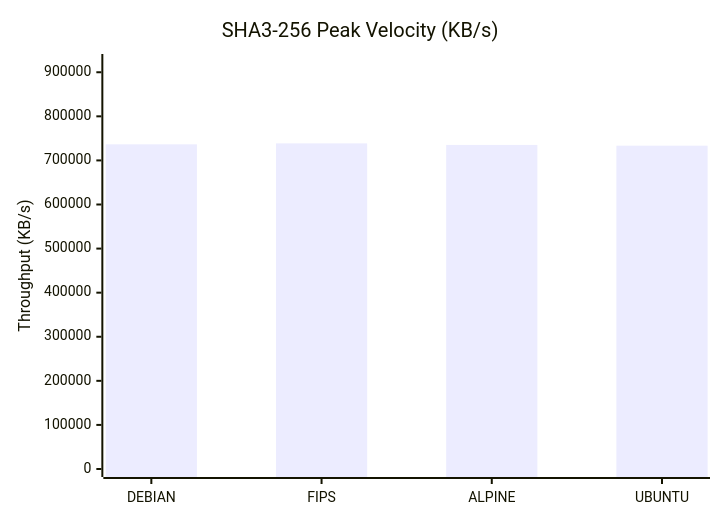
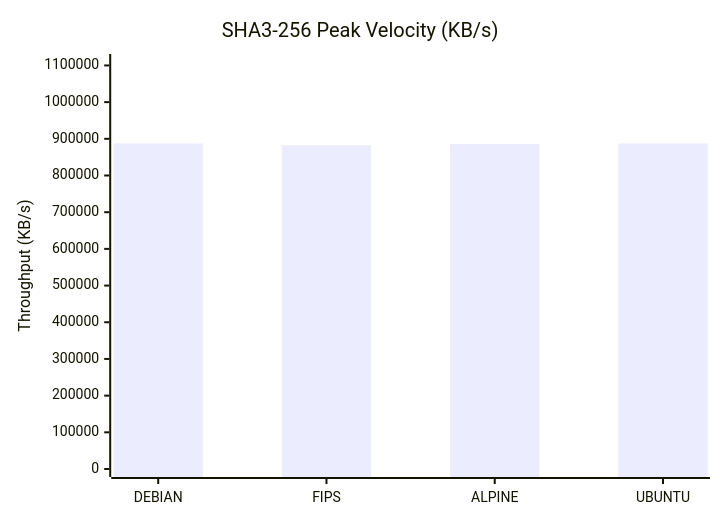
The third of 9 diagrams in docs/Comparison_Report.md (taha2samy/openssl_fips), drawn with Mermaid before and after one commit. The commit also changed other lines of this file and 2 other files, not shown here.

````diff
--- a/docs/Comparison_Report.md
+++ b/docs/Comparison_Report.md
@@ -74,7 +74,7 @@
 ```mermaid
 xychart-beta
     title "SHA3-256 Peak Velocity (KB/s)"
     x-axis [DEBIAN, FIPS, ALPINE, UBUNTU]
-    y-axis "Throughput (KB/s)" 0 --> 923258
-    bar [736477.18, 738607.1, 735125.5, 733454.34]
+    y-axis "Throughput (KB/s)" 0 --> 1109360
+    bar [887488.51, 882499.58, 885612.54, 887324.67]
 ```
````
